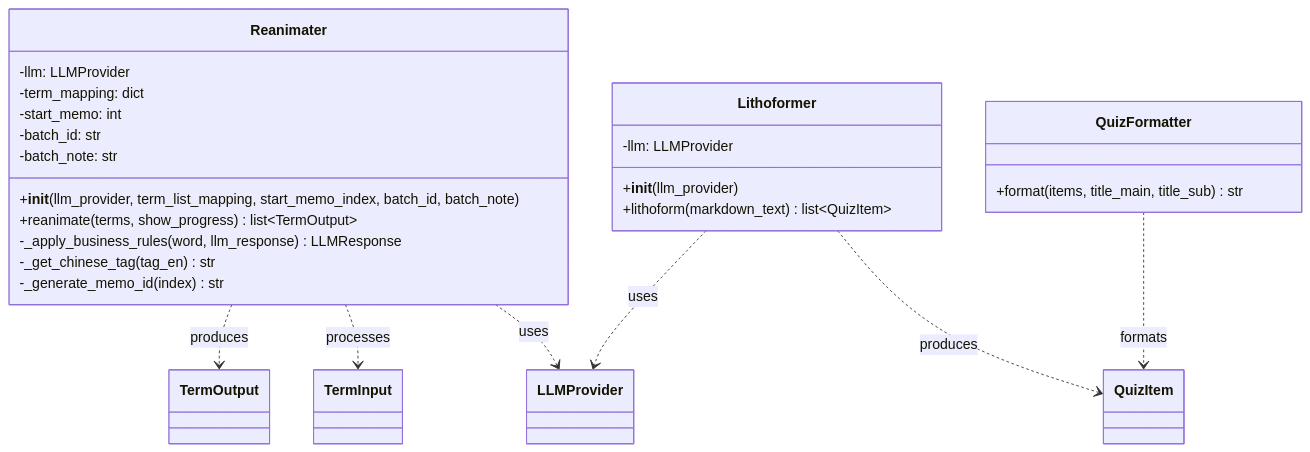
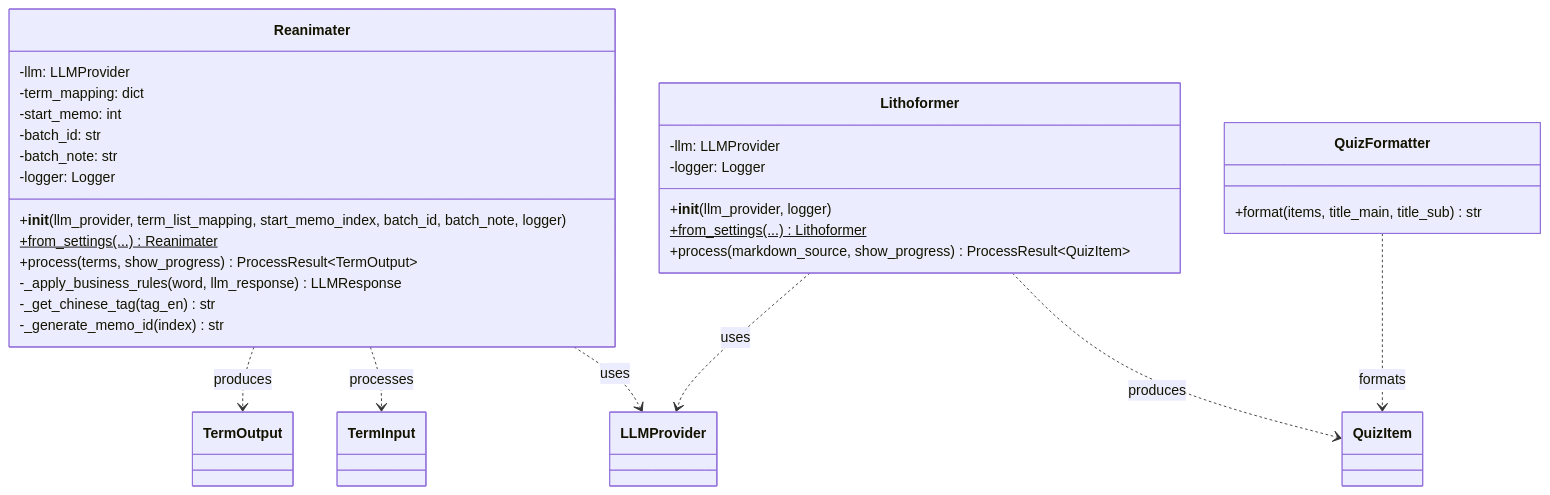
Before and after one commit to C1M0N/Memosyne: the sixth of 11 diagrams in ARCHITECTURE.md, drawn with Mermaid. The commit also changed other lines of this file and 32 other files, not shown here.

````diff
--- a/ARCHITECTURE.md
+++ b/ARCHITECTURE.md
@@ -291,34 +319,38 @@
 ```mermaid
 classDiagram
     class Reanimater {
         -llm: LLMProvider
         -term_mapping: dict
         -start_memo: int
         -batch_id: str
         -batch_note: str
-        +__init__(llm_provider, term_list_mapping, start_memo_index, batch_id, batch_note)
-        +reanimate(terms, show_progress) list~TermOutput~
+        -logger: Logger
+        +__init__(llm_provider, term_list_mapping, start_memo_index, batch_id, batch_note, logger)
+        +from_settings(...)$ Reanimater
+        +process(terms, show_progress) ProcessResult~TermOutput~
         -_apply_business_rules(word, llm_response) LLMResponse
         -_get_chinese_tag(tag_en) str
         -_generate_memo_id(index) str
     }
 
     class Lithoformer {
         -llm: LLMProvider
-        +__init__(llm_provider)
-        +lithoform(markdown_text) list~QuizItem~
+        -logger: Logger
+        +__init__(llm_provider, logger)
+        +from_settings(...)$ Lithoformer
+        +process(markdown_source, show_progress) ProcessResult~QuizItem~
     }
 
     class QuizFormatter {
         +format(items, title_main, title_sub) str
     }
 
     Reanimater ..> LLMProvider : uses
     Reanimater ..> TermInput : processes
     Reanimater ..> TermOutput : produces
 
     Lithoformer ..> LLMProvider : uses
     Lithoformer ..> QuizItem : produces
 
     QuizFormatter ..> QuizItem : formats
 ```
````
